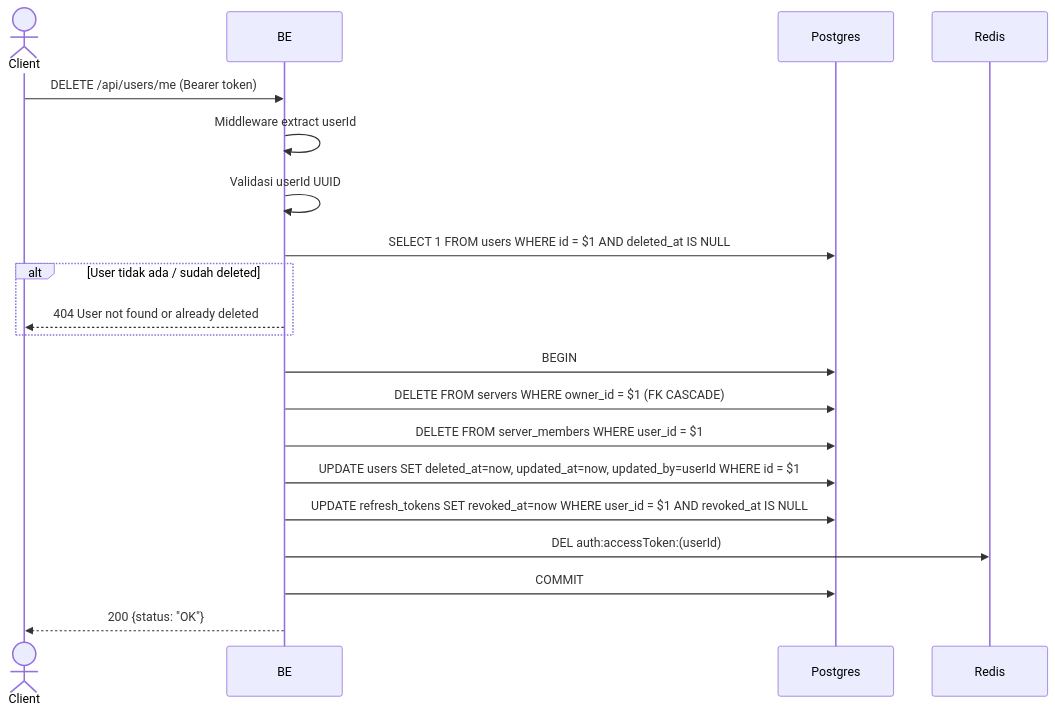
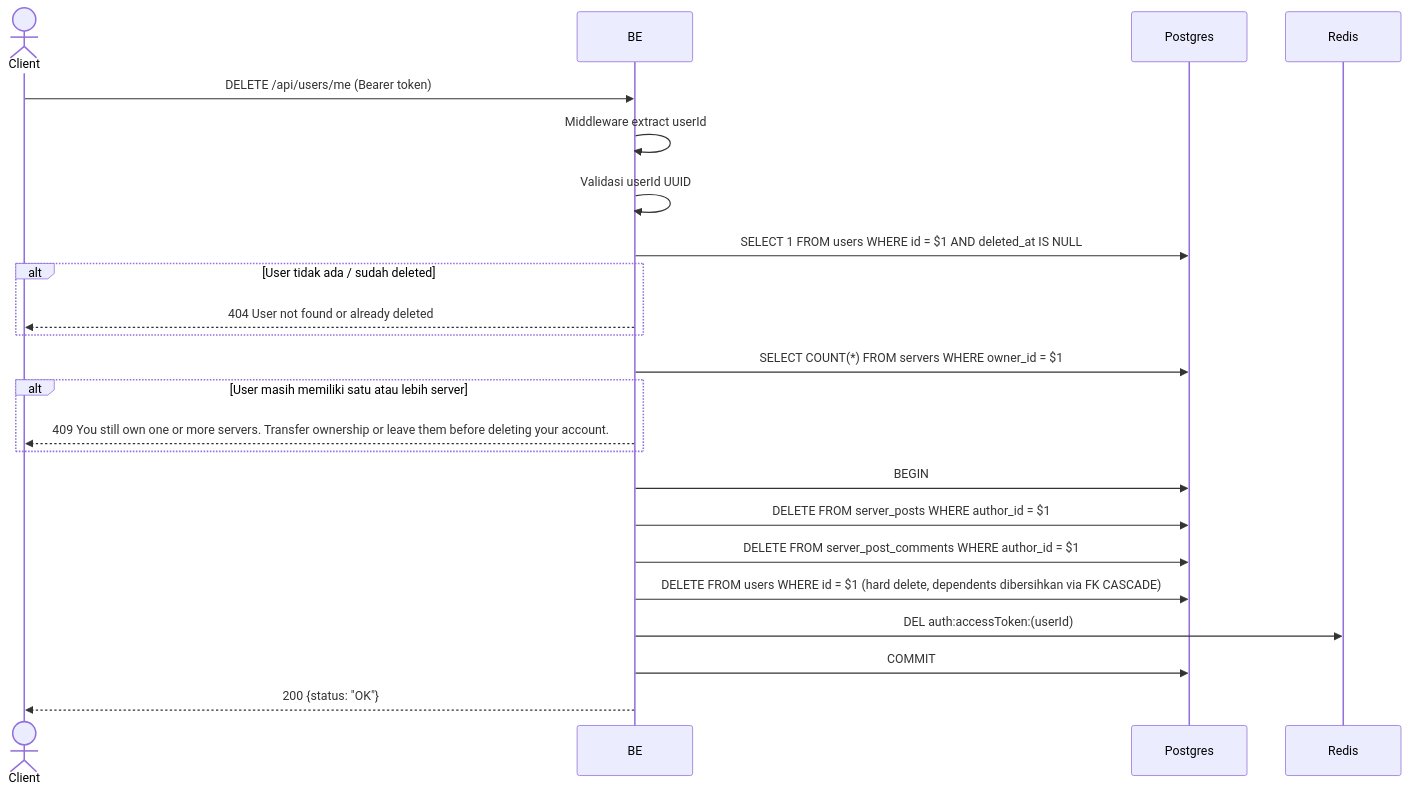
Before and after one commit to ferdian3456/virdanproject: the diagram in docs/flows/id/delete_account.md, drawn with Mermaid. The commit also changed other lines of this file and 67 other files, not shown here.

First line of the commit message:
Audit and fix API flow docs; add missing Payment/Chat documentation (#42)

````diff
--- a/docs/flows/id/delete_account.md
+++ b/docs/flows/id/delete_account.md
@@ -20,23 +20,26 @@
 ```mermaid
 sequenceDiagram
     actor Client
     participant BE
     participant Postgres
     participant Redis
 
     Client->>BE: DELETE /api/users/me (Bearer token)
     BE->>BE: Middleware extract userId
     BE->>BE: Validasi userId UUID
     BE->>Postgres: SELECT 1 FROM users WHERE id = $1 AND deleted_at IS NULL
     alt User tidak ada / sudah deleted
         BE-->>Client: 404 User not found or already deleted
     end
+    BE->>Postgres: SELECT COUNT(*) FROM servers WHERE owner_id = $1
+    alt User masih memiliki satu atau lebih server
+        BE-->>Client: 409 You still own one or more servers. Transfer ownership or leave them before deleting your account.
+    end
     BE->>Postgres: BEGIN
-    BE->>Postgres: DELETE FROM servers WHERE owner_id = $1 (FK CASCADE)
-    BE->>Postgres: DELETE FROM server_members WHERE user_id = $1
-    BE->>Postgres: UPDATE users SET deleted_at=now, updated_at=now, updated_by=userId WHERE id = $1
-    BE->>Postgres: UPDATE refresh_tokens SET revoked_at=now WHERE user_id = $1 AND revoked_at IS NULL
+    BE->>Postgres: DELETE FROM server_posts WHERE author_id = $1
+    BE->>Postgres: DELETE FROM server_post_comments WHERE author_id = $1
+    BE->>Postgres: DELETE FROM users WHERE id = $1 (hard delete, dependents dibersihkan via FK CASCADE)
     BE->>Redis: DEL auth:accessToken:(userId)
     BE->>Postgres: COMMIT
     BE-->>Client: 200 {status: "OK"}
 ```
````
